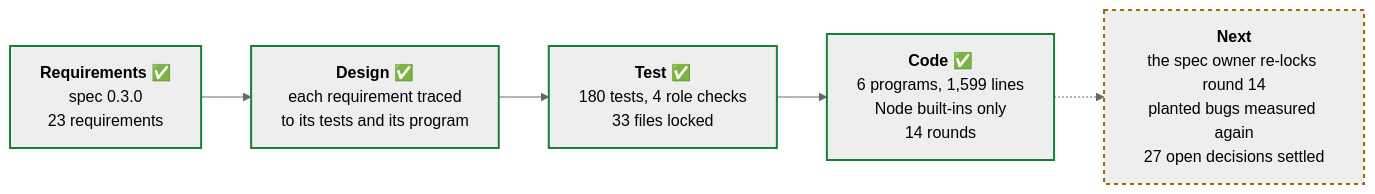
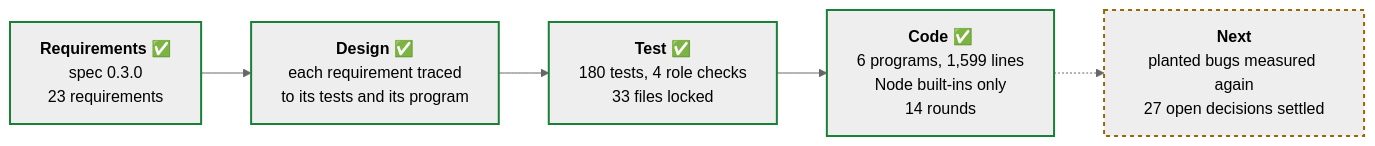
One commit to PaulDuvall/adlc-security-reviewer changed the third of 4 diagrams in README.md. Above: the diagram before and after it, drawn with Mermaid (neutral theme). The commit also changed other lines of this file, not shown here.

````diff
--- a/README.md
+++ b/README.md
@@ -250,13 +249,13 @@
 ```mermaid
 flowchart LR
   req["<b>Requirements</b> ✅<br/>spec 0.3.0<br/>23 requirements"]
   des["<b>Design</b> ✅<br/>each requirement traced<br/>to its tests and its program"]
   tst["<b>Test</b> ✅<br/>180 tests, 4 role checks<br/>33 files locked"]
   cod["<b>Code</b> ✅<br/>6 programs, 1,599 lines<br/>Node built-ins only<br/>14 rounds"]
-  nxt["<b>Next</b><br/>the spec owner re-locks round 14<br/>planted bugs measured again<br/>27 open decisions settled"]
+  nxt["<b>Next</b><br/>planted bugs measured again<br/>27 open decisions settled"]
   req --> des --> tst --> cod -.-> nxt
   classDef done stroke:#1a7f37,stroke-width:2px
   classDef next stroke:#9a6700,stroke-width:2px,stroke-dasharray:4
   class req,des,tst,cod done
   class nxt next
 ```
````
